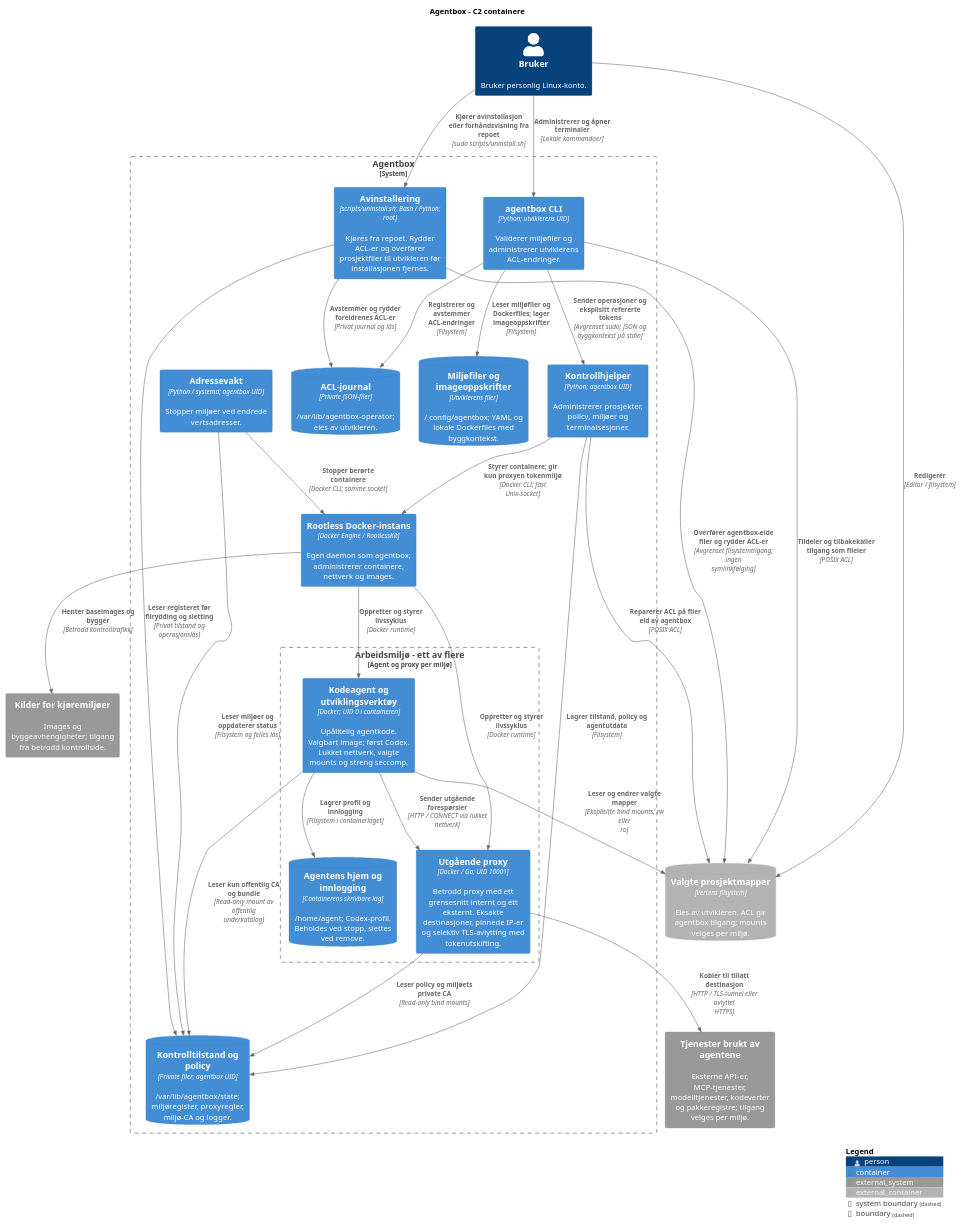
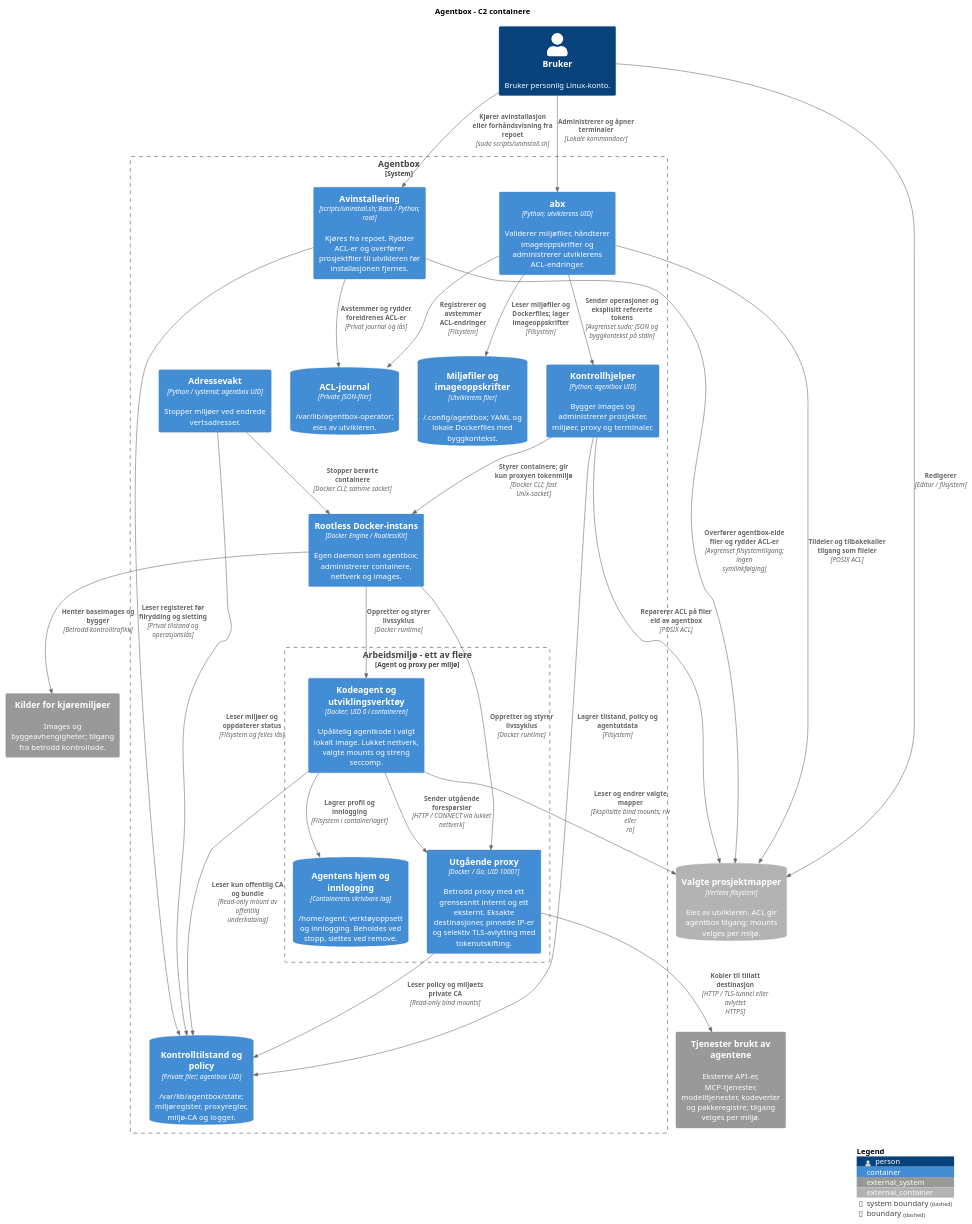
One commit to oisteink/agentbox changed the second of 3 diagrams in docs/architecture-c4.md. Above: the diagram before and after it, drawn with PlantUML. The commit also changed other lines of this file and 6 other files, not shown here.

Commit message:
Generalize agent architecture diagrams (#9)

````diff
--- a/docs/architecture-c4.md
+++ b/docs/architecture-c4.md
@@ -59,55 +59,55 @@
 ```plantuml
 @startuml agentbox-containers
 !include <C4/C4_Container>
 LAYOUT_TOP_DOWN()
 title Agentbox - C2 containere
 
 Person(developer, "Bruker", "Bruker personlig Linux-konto.")
 ContainerDb_Ext(projects, "Valgte prosjektmapper", "Vertens filsystem", "Eies av utvikleren. ACL gir agentbox tilgang; mounts velges per miljø.")
 System_Ext(services, "Tjenester brukt av agentene", "Eksterne API-er, MCP-tjenester, modelltjenester, kodeverter og pakkeregistre; tilgang velges per miljø.")
 System_Ext(registry, "Kilder for kjøremiljøer", "Images og byggeavhengigheter; tilgang fra betrodd kontrollside.")
 
 System_Boundary(agentbox, "Agentbox") {
-    Container(cli, "agentbox CLI", "Python; utviklerens UID", "Validerer miljøfiler og administrerer utviklerens ACL-endringer.")
+    Container(cli, "abx", "Python; utviklerens UID", "Validerer miljøfiler, håndterer imageoppskrifter og administrerer utviklerens ACL-endringer.")
     ContainerDb(recipes, "Miljøfiler og imageoppskrifter", "Utviklerens filer", "~/.config/agentbox; YAML og lokale Dockerfiles med byggkontekst.")
     ContainerDb(journal, "ACL-journal", "Private JSON-filer", "/var/lib/agentbox-operator; eies av utvikleren.")
-    Container(control, "Kontrollhjelper", "Python; agentbox UID", "Administrerer prosjekter, policy, miljøer og terminalsesjoner.")
+    Container(control, "Kontrollhjelper", "Python; agentbox UID", "Bygger images og administrerer prosjekter, miljøer, proxy og terminaler.")
     Container(uninstall, "Avinstallering", "scripts/uninstall.sh; Bash / Python; root", "Kjøres fra repoet. Rydder ACL-er og overfører prosjektfiler til utvikleren før installasjonen fjernes. ")
     Container(watch, "Adressevakt", "Python / systemd; agentbox UID", "Stopper miljøer ved endrede vertsadresser.")
     ContainerDb(state, "Kontrolltilstand og policy", "Private filer; agentbox UID", "/var/lib/agentbox/state; miljøregister, proxyregler, miljø-CA og logger.")
     Container(docker, "Rootless Docker-instans", "Docker Engine / RootlessKit", "Egen daemon som agentbox; administrerer containere, nettverk og images.")
 
     Boundary(environment, "Arbeidsmiljø - ett av flere", "Agent og proxy per miljø") {
-        Container(agent, "Kodeagent og utviklingsverktøy", "Docker; UID 0 i containeren", "Upålitelig agentkode. Valgbart image; først Codex. Lukket nettverk, valgte mounts og streng seccomp.")
+        Container(agent, "Kodeagent og utviklingsverktøy", "Docker; UID 0 i containeren", "Upålitelig agentkode i valgt lokalt image. Lukket nettverk, valgte mounts og streng seccomp.")
         Container(proxy, "Utgående proxy", "Docker / Go; UID 10001", "Betrodd proxy med ett grensesnitt internt og ett eksternt. Eksakte destinasjoner, pinnede IP-er og selektiv TLS-avlytting med tokenutskifting.")
-        ContainerDb(home, "Agentens hjem og innlogging", "Containerens skrivbare lag", "/home/agent; Codex-profil. Beholdes ved stopp, slettes ved remove.")
+        ContainerDb(home, "Agentens hjem og innlogging", "Containerens skrivbare lag", "/home/agent; verktøyoppsett og innlogging. Beholdes ved stopp, slettes ved remove.")
     }
 }
 
 Rel(developer, cli, "Administrerer og åpner terminaler", "Lokale kommandoer")
 Rel(developer, projects, "Redigerer", "Editor / filsystem")
 Rel(cli, recipes, "Leser miljøfiler og Dockerfiles; lager imageoppskrifter", "Filsystem")
 Rel(cli, journal, "Registrerer og avstemmer ACL-endringer", "Filsystem")
 Rel(cli, projects, "Tildeler og tilbakekaller tilgang som fileier", "POSIX ACL")
 Rel(cli, control, "Sender operasjoner og eksplisitt refererte tokens", "Avgrenset sudo; JSON og byggkontekst på stdin")
 Rel(developer, uninstall, "Kjører avinstallasjon eller forhåndsvisning fra repoet", "sudo scripts/uninstall.sh")
 Rel(uninstall, projects, "Overfører agentbox-eide filer og rydder ACL-er", "Avgrenset filsystemtilgang; ingen symlinkfølging")
 Rel(uninstall, state, "Leser registeret før filrydding og sletting", "Privat tilstand og operasjonslås")
 Rel(uninstall, journal, "Avstemmer og rydder foreldrenes ACL-er", "Privat journal og lås")
 Rel(control, projects, "Reparerer ACL på filer eid av agentbox", "POSIX ACL")
 Rel(control, state, "Lagrer tilstand, policy og agentutdata", "Filsystem")
 Rel(watch, state, "Leser miljøer og oppdaterer status", "Filsystem og felles lås")
 Rel(control, docker, "Styrer containere; gir kun proxyen tokenmiljø", "Docker CLI; fast Unix-socket")
 Rel(watch, docker, "Stopper berørte containere", "Docker CLI; samme socket")
 Rel(docker, agent, "Oppretter og styrer livssyklus", "Docker runtime")
 Rel(docker, proxy, "Oppretter og styrer livssyklus", "Docker runtime")
 Rel(docker, registry, "Henter baseimages og bygger", "Betrodd kontrolltrafikk")
 Rel(agent, projects, "Leser og endrer valgte mapper", "Eksplisitte bind mounts; rw eller ro")
 Rel(agent, home, "Lagrer profil og innlogging", "Filsystem i containerlaget")
 Rel(agent, proxy, "Sender utgående forespørsler", "HTTP / CONNECT via lukket nettverk")
 Rel(proxy, state, "Leser policy og miljøets private CA", "Read-only bind mounts")
 Rel(agent, state, "Leser kun offentlig CA og bundle", "Read-only mount av offentlig underkatalog")
 Rel(proxy, services, "Kobler til tillatt destinasjon", "HTTP / TLS-tunnel eller avlyttet HTTPS")
 SHOW_LEGEND()
 @enduml
 ```
````
